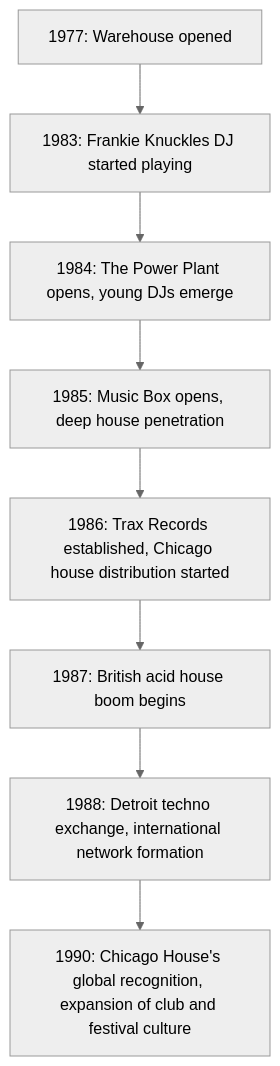
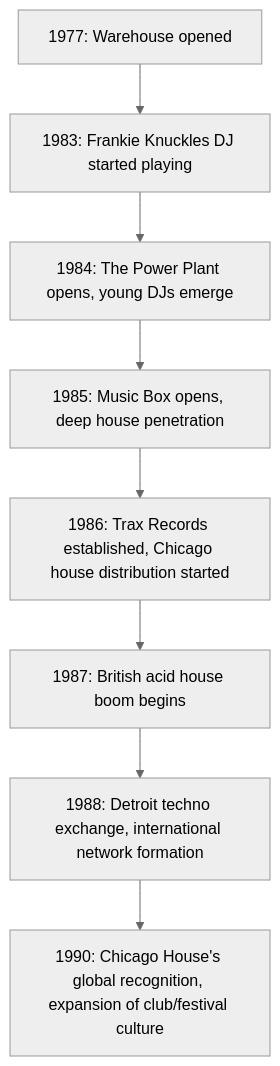
One commit to monumental-movement/monumental-movement.github.io changed the diagram in en/_posts/2025-10-11-Colum-Chicago-House.md. Above: the diagram before and after it, drawn with Mermaid (neutral theme). The commit also changed other lines of this file and 1719 other files, not shown here.

```diff
--- a/en/_posts/2025-10-11-Colum-Chicago-House.md
+++ b/en/_posts/2025-10-11-Colum-Chicago-House.md
@@ -161,12 +165,12 @@
 <div class="mermaid">
 
 flowchart TD
-    A1977["1977: Warehouse opened"] --> B1983["1983: Frankie Knuckles DJ started playing"]
-    B1983 --> C1984["1984: The Power Plant opens, young DJs emerge"]
-    C1984 --> D1985["1985: Music Box opens, deep house penetration"]
-    D1985 --> E1986["1986: Trax Records established, Chicago house distribution started"]
-    E1986 --> F1987["1987: British acid house boom begins"]
-    F1987 --> G1988["1988: Detroit techno exchange, international network formation"]
-    G1988 --> H1990["1990: Chicago House's global recognition, expansion of club and festival culture"]
+A1977["1977: Warehouse opened"] --> B1983["1983: Frankie Knuckles DJ started playing"]
+B1983 --> C1984["1984: The Power Plant opens, young DJs emerge"]
+C1984 --> D1985["1985: Music Box opens, deep house penetration"]
+D1985 --> E1986["1986: Trax Records established, Chicago house distribution started"]
+E1986 --> F1987["1987: British acid house boom begins"]
+F1987 --> G1988["1988: Detroit techno exchange, international network formation"]
+G1988 --> H1990["1990: Chicago House's global recognition, expansion of club/festival culture"]
 
 </div>
```
